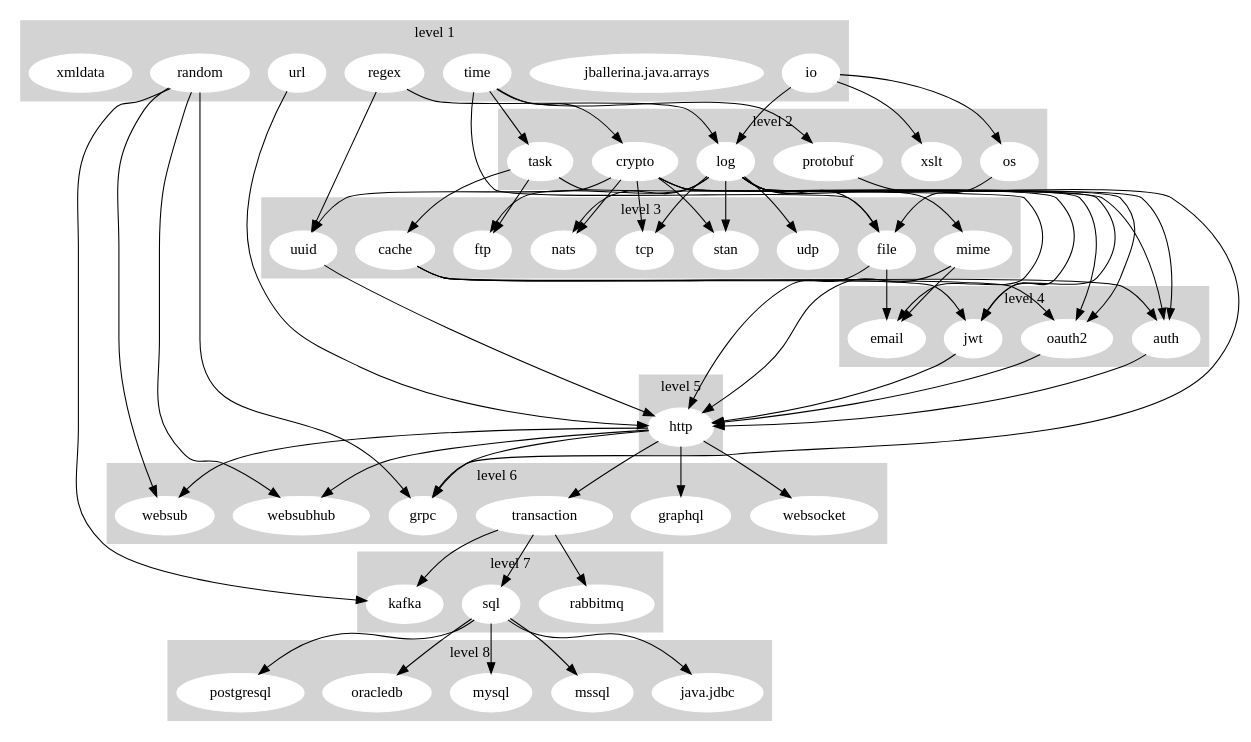
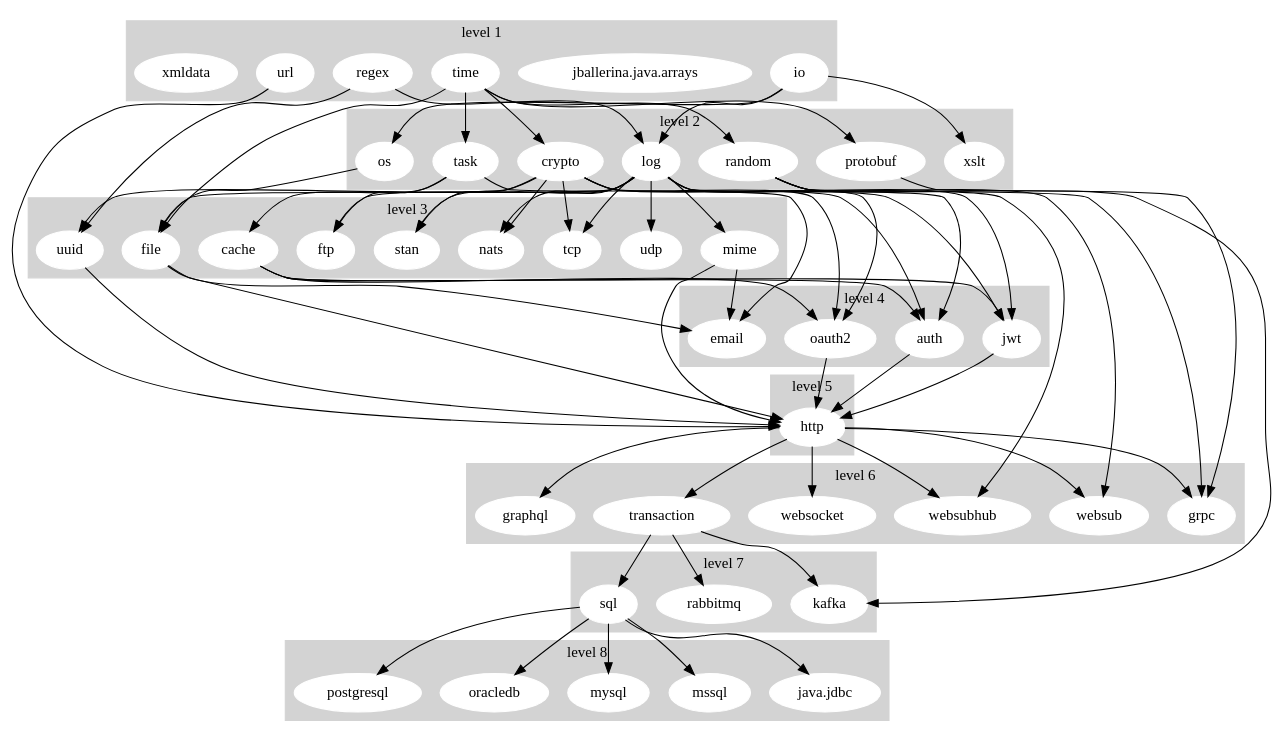
The diagram in dashboard/stdlib_graph.gv (ballerina-platform/ballerina-release), drawn with Graphviz before and after one commit.

Commit message:
[Automated] Update Stdlib Dependency Graph

```diff
--- a/dashboard/stdlib_graph.gv
+++ b/dashboard/stdlib_graph.gv
@@ -1,144 +1,145 @@
 digraph "Stdlib Dependency Graph" {
 	subgraph cluster_1 {
 		node [color=white style=filled]
 		color=lightgrey style=filled
 		io
 		"jballerina.java.arrays"
-		random
 		regex
 		time
 		url
 		xmldata
 		label="level 1"
 	}
 	subgraph cluster_2 {
 		node [color=white style=filled]
 		color=lightgrey style=filled
 		crypto
 		log
 		os
 		protobuf
+		random
 		task
 		xslt
 		label="level 2"
 	}
 	subgraph cluster_3 {
 		node [color=white style=filled]
 		color=lightgrey style=filled
 		cache
 		file
 		ftp
 		mime
 		nats
 		stan
 		tcp
 		udp
 		uuid
 		label="level 3"
 	}
 	subgraph cluster_4 {
 		node [color=white style=filled]
 		color=lightgrey style=filled
 		auth
 		email
 		jwt
 		oauth2
 		label="level 4"
 	}
 	subgraph cluster_5 {
 		node [color=white style=filled]
 		color=lightgrey style=filled
 		http
 		label="level 5"
 	}
 	subgraph cluster_6 {
 		node [color=white style=filled]
 		color=lightgrey style=filled
 		graphql
 		grpc
 		transaction
 		websocket
 		websub
 		websubhub
 		label="level 6"
 	}
 	subgraph cluster_7 {
 		node [color=white style=filled]
 		color=lightgrey style=filled
 		kafka
 		rabbitmq
 		sql
 		label="level 7"
 	}
 	subgraph cluster_8 {
 		node [color=white style=filled]
 		color=lightgrey style=filled
 		"java.jdbc"
 		mssql
 		mysql
 		oracledb
 		postgresql
 		label="level 8"
 	}
 	io -> log
 	io -> os
 	io -> xslt
-	random -> grpc
-	random -> kafka
-	random -> websub
-	random -> websubhub
 	regex -> log
 	regex -> uuid
 	time -> crypto
 	time -> file
 	time -> protobuf
+	time -> random
 	time -> task
 	url -> http
 	crypto -> auth
 	crypto -> jwt
 	crypto -> nats
 	crypto -> oauth2
 	crypto -> stan
 	crypto -> tcp
 	crypto -> uuid
 	log -> auth
 	log -> file
 	log -> ftp
 	log -> jwt
 	log -> mime
 	log -> nats
 	log -> oauth2
 	log -> stan
 	log -> tcp
 	log -> udp
 	os -> file
 	protobuf -> grpc
+	random -> grpc
+	random -> kafka
+	random -> websub
+	random -> websubhub
 	task -> cache
 	task -> email
 	task -> ftp
 	cache -> auth
 	cache -> jwt
 	cache -> oauth2
 	file -> email
 	file -> http
 	mime -> email
 	mime -> http
 	uuid -> http
 	auth -> http
 	jwt -> http
 	oauth2 -> http
 	http -> graphql
 	http -> grpc
 	http -> transaction
 	http -> websocket
 	http -> websub
 	http -> websubhub
 	transaction -> kafka
 	transaction -> rabbitmq
 	transaction -> sql
 	sql -> "java.jdbc"
 	sql -> mssql
 	sql -> mysql
 	sql -> oracledb
 	sql -> postgresql
 }
```
